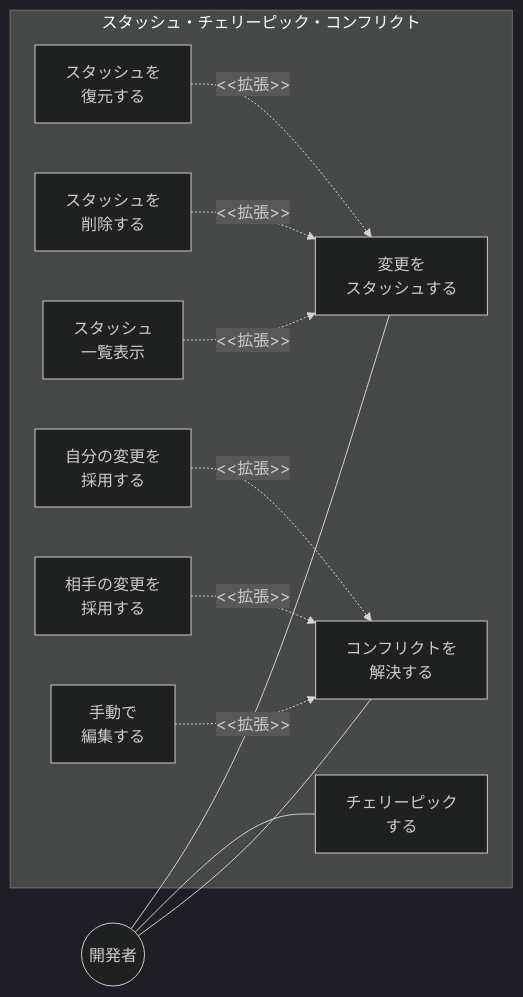
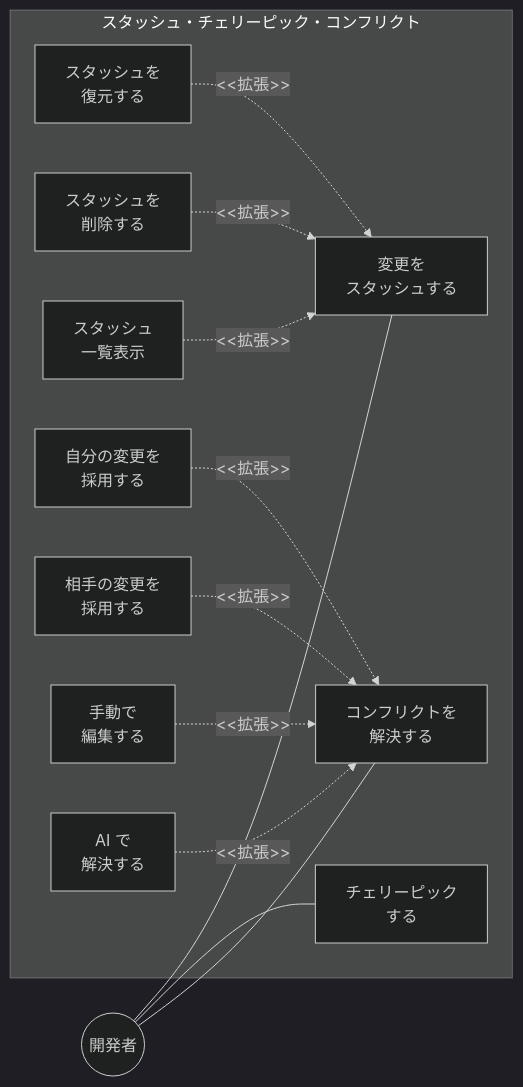
Before and after one commit to ToshikiImagawa/Buruma: the third of 4 diagrams in .sdd/requirement/advanced-git-operations.md, drawn with Mermaid. The commit also changed other lines of this file and 5 other files, not shown here.

````diff
--- a/.sdd/requirement/advanced-git-operations.md
+++ b/.sdd/requirement/advanced-git-operations.md
@@ -114,27 +114,29 @@
 ```mermaid
 %%{init: {'theme': 'dark'}}%%
 flowchart LR
     Developer((開発者))
 
     subgraph StashConflict["スタッシュ・チェリーピック・コンフリクト"]
         Stash["変更を<br/>スタッシュする"]
         StashPop["スタッシュを<br/>復元する"]
         StashDrop["スタッシュを<br/>削除する"]
         StashList["スタッシュ<br/>一覧表示"]
         CherryPick["チェリーピック<br/>する"]
         ConflictResolve["コンフリクトを<br/>解決する"]
         ChooseOurs["自分の変更を<br/>採用する"]
         ChooseTheirs["相手の変更を<br/>採用する"]
         ManualEdit["手動で<br/>編集する"]
+        AIResolve["AI で<br/>解決する"]
     end
 
     Developer --- Stash
     Developer --- CherryPick
     Developer --- ConflictResolve
     StashPop -.->|"<<拡張>>"| Stash
     StashDrop -.->|"<<拡張>>"| Stash
     StashList -.->|"<<拡張>>"| Stash
     ChooseOurs -.->|"<<拡張>>"| ConflictResolve
     ChooseTheirs -.->|"<<拡張>>"| ConflictResolve
     ManualEdit -.->|"<<拡張>>"| ConflictResolve
+    AIResolve -.->|"<<拡張>>"| ConflictResolve
 ```
````
